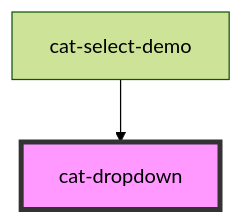
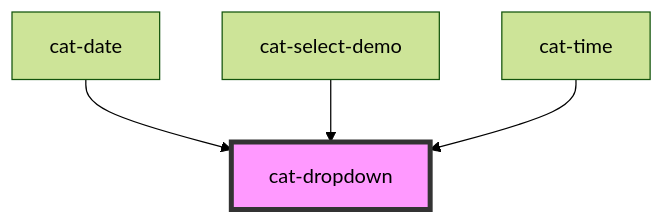
One commit to haiilo/catalyst changed the diagram in core/src/components/cat-dropdown/readme.md. Above: the diagram before and after it, drawn with Mermaid (forest theme). The commit also changed other lines of this file and 61 other files, not shown here.

Commit message:
feat(core): add new cat-date picker and cat-time picker (#486)

````diff
--- a/core/src/components/cat-dropdown/readme.md
+++ b/core/src/components/cat-dropdown/readme.md
@@ -45,5 +68,7 @@
 ```mermaid
 graph TD;
+  cat-date --> cat-dropdown
   cat-select-demo --> cat-dropdown
+  cat-time --> cat-dropdown
   style cat-dropdown fill:#f9f,stroke:#333,stroke-width:4px
 ```
````
